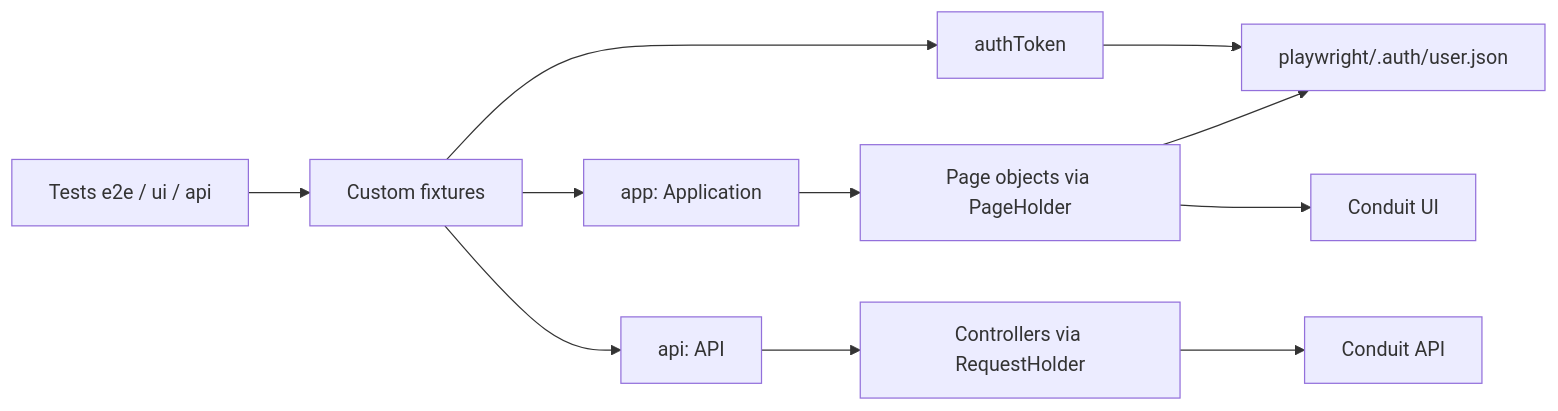
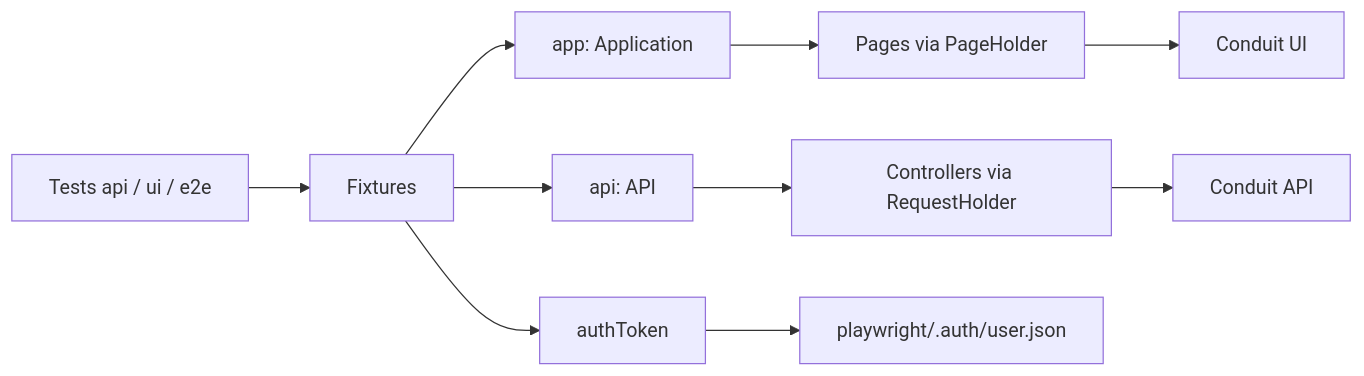
Before and after one commit to romansiforov/qa-automation-framework-ts: the diagram in README.md, drawn with Mermaid. The commit also changed other lines of this file and 3 other files, not shown here.

Commit message:
refactor(tests): refine login UI flow, add 404 delete assertion and update README

````diff
--- a/README.md
+++ b/README.md
@@ -26,13 +22,12 @@
 ```mermaid
 flowchart LR
-  tests["Tests e2e / ui / api"] --> fixtures["Custom fixtures"]
+  tests["Tests api / ui / e2e"] --> fixtures["Fixtures"]
   fixtures --> app["app: Application"]
   fixtures --> api["api: API"]
   fixtures --> token["authToken"]
-  app --> pages["Page objects via PageHolder"]
+  app --> pages["Pages via PageHolder"]
   api --> controllers["Controllers via RequestHolder"]
   token --> storage["playwright/.auth/user.json"]
-  pages --> storage
+  pages --> ui["Conduit UI"]
   controllers --> conduit["Conduit API"]
-  pages --> ui["Conduit UI"]
 ```
````
